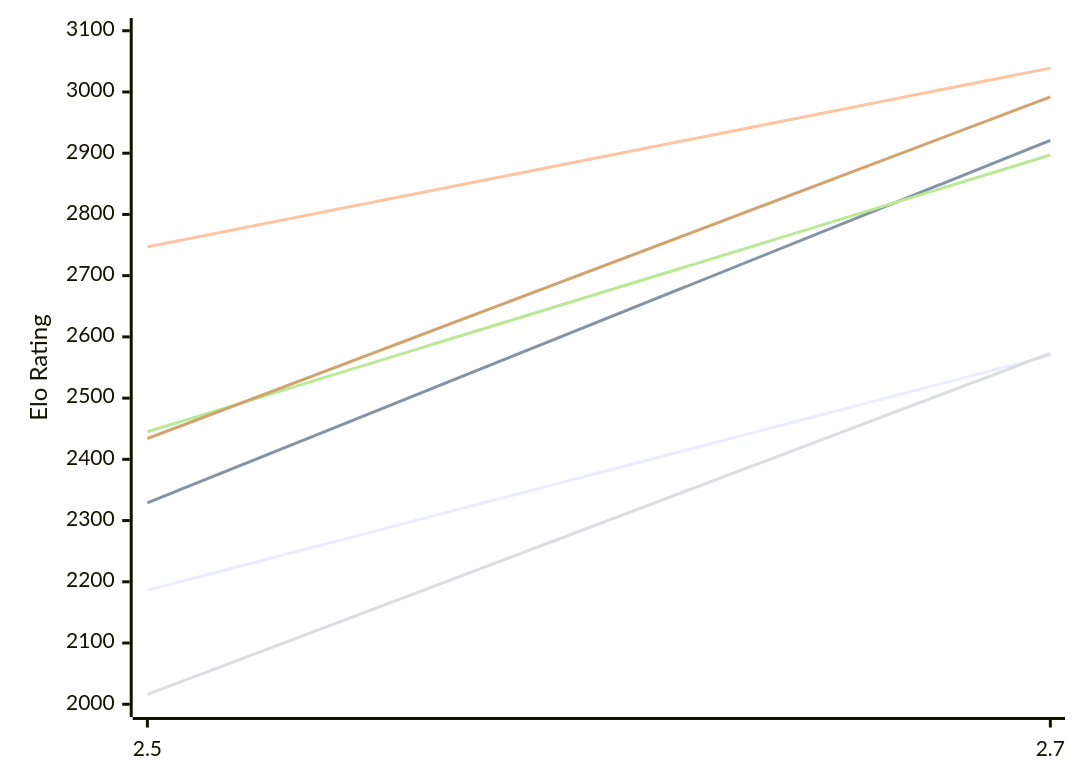
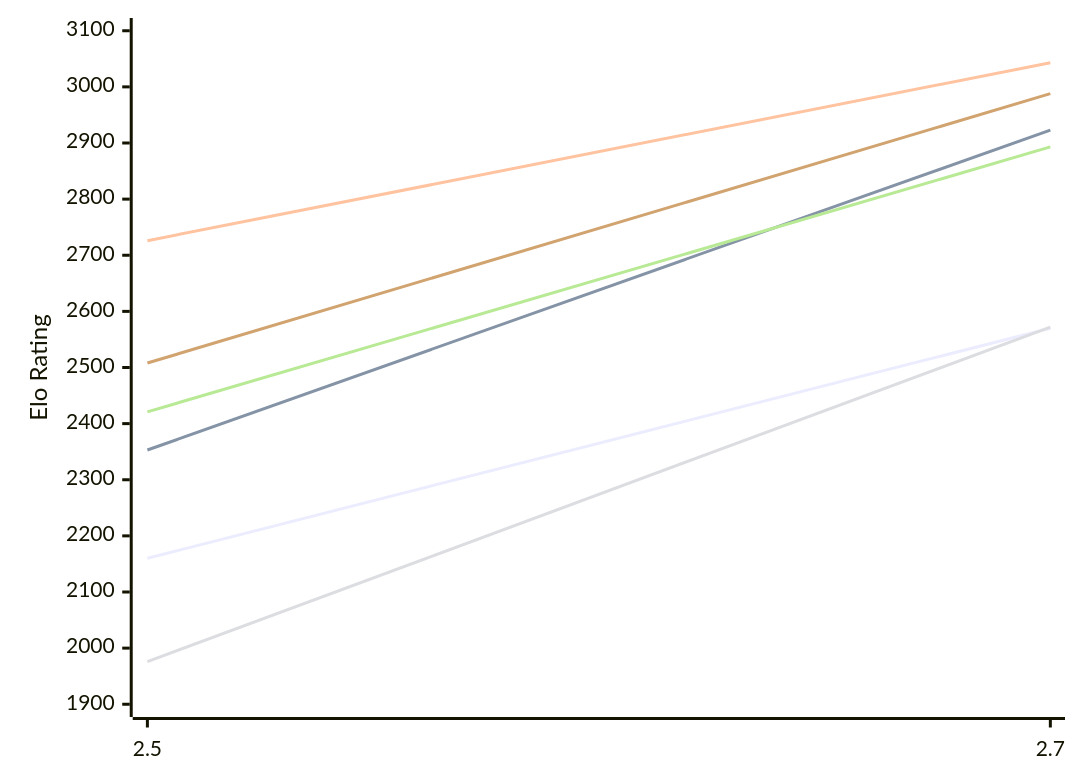
The first of 2 diagrams in engines/Zevra.md (computer-chess-index/cci), drawn with Mermaid before and after one commit. The commit also changed other lines of this file, not shown here.

Commit message:
Update CCI Ratings (ELO VLTC) - 2026-11-15

````diff
--- a/engines/Zevra.md
+++ b/engines/Zevra.md
@@ -50,12 +50,12 @@
 ```mermaid
 %%{init: {"theme":"base","themeVariables":{"seriesColors:['#a3a3a3','#222221','#faa371']}}}%%
 xychart-beta
   x-axis ["2.5", "2.7"]
-  y-axis "Elo Rating" 2000 --> 3100
-  line "E1: STC (8.0+0.08s)" [2186, 2570]
-  line "E1: LTC (60.0+0.60s)" [2329, 2921]
-  line "E1: VLTC (2m24s+1.12s)" [2747, 3039]
-  line "P1: STC (8.0+0.08s)" [2016, 2573]
-  line "P1: LTC (60.0+0.60s)" [2445, 2897]
-  line "P1: VLTC (2m24s+1.12s)" [2434, 2992]
+  y-axis "Elo Rating" 1900 --> 3100
+  line "E1: STC (8.0+0.08s)" [2160, 2570]
+  line "E1: LTC (60.0+0.60s)" [2353, 2923]
+  line "E1: VLTC (2m24s+1.12s)" [2726, 3043]
+  line "P1: STC (8.0+0.08s)" [1976, 2572]
+  line "P1: LTC (60.0+0.60s)" [2421, 2893]
+  line "P1: VLTC (2m24s+1.12s)" [2508, 2988]
 ```
````
